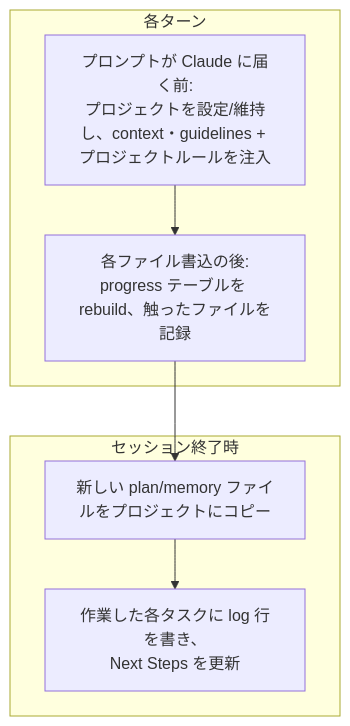
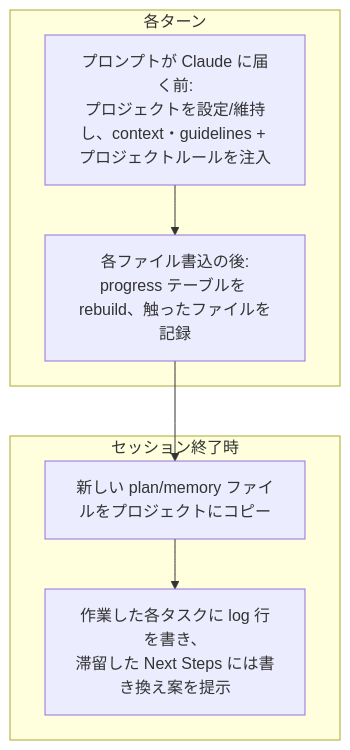
The seventh of 7 diagrams in plugins/taskflow/USER_GUIDE_ja.md (gigamori/ai-agent-toolkit), drawn with Mermaid before and after one commit. The commit also changed other lines of this file and 7 other files, not shown here.

````diff
--- a/plugins/taskflow/USER_GUIDE_ja.md
+++ b/plugins/taskflow/USER_GUIDE_ja.md
@@ -303,12 +303,12 @@
 ```mermaid
 flowchart TD
     subgraph turn["各ターン"]
         A["プロンプトが Claude に届く前:<br/>プロジェクトを設定/維持し、context・guidelines + プロジェクトルールを注入"]
         B["各ファイル書込の後:<br/>progress テーブルを rebuild、触ったファイルを記録"]
     end
     subgraph end_["セッション終了時"]
         C["新しい plan/memory ファイルをプロジェクトにコピー"]
-        D["作業した各タスクに log 行を書き、<br/>Next Steps を更新"]
+        D["作業した各タスクに log 行を書き、<br/>滞留した Next Steps には書き換え案を提示"]
     end
     A --> B --> C --> D
 ```
````
